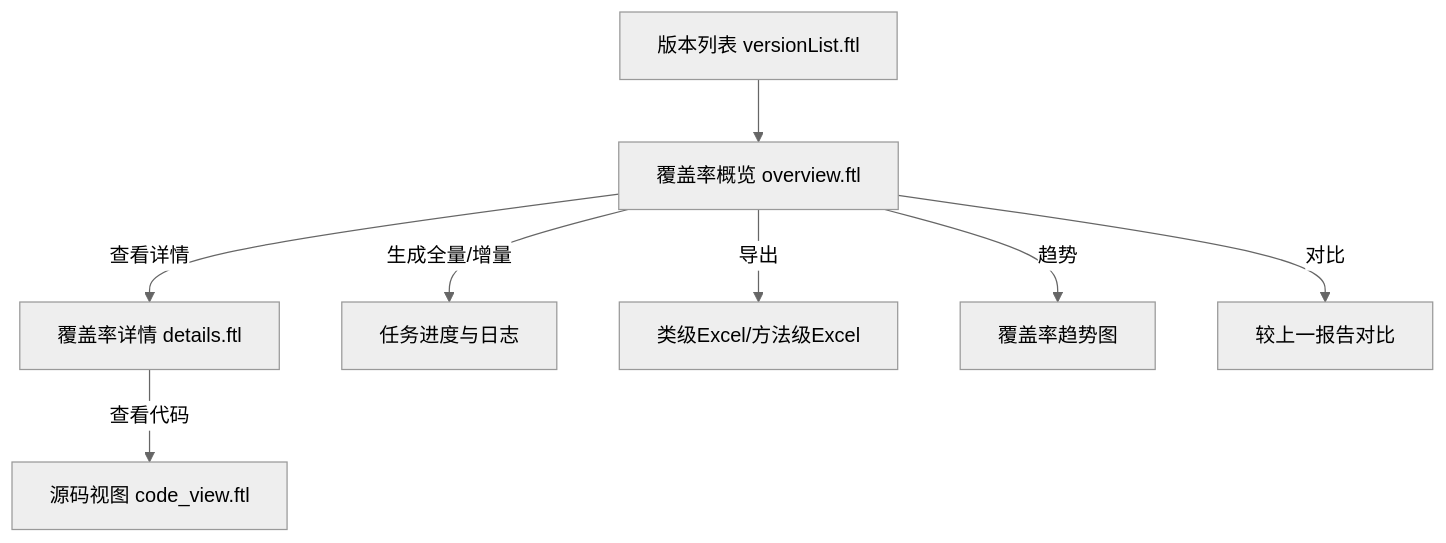
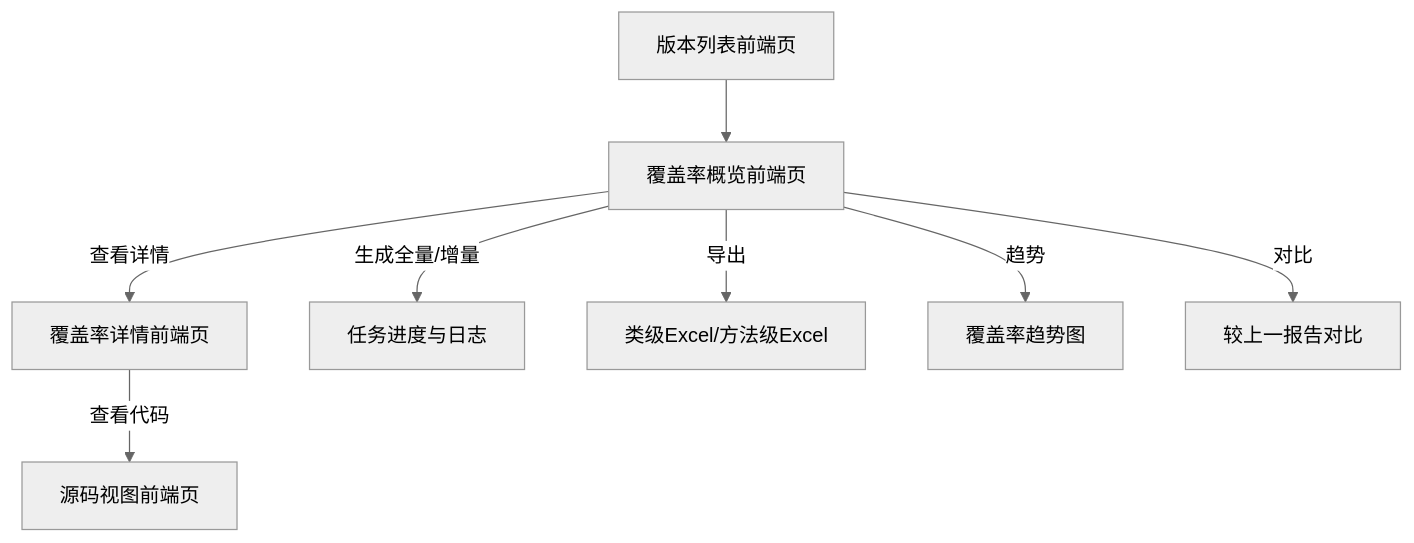
One commit to 000xiaoxiao000/oAccurateTest changed the second of 10 diagrams in oAT-service/oAT-service-web/README-coverage-architecture.md. Above: the diagram before and after it, drawn with Mermaid (neutral theme). The commit also changed other lines of this file and 1 other file, not shown here.

````diff
--- a/oAT-service/oAT-service-web/README-coverage-architecture.md
+++ b/oAT-service/oAT-service-web/README-coverage-architecture.md
@@ -47,10 +47,10 @@
 ```mermaid
 flowchart TD
-  V[版本列表 versionList.ftl] --> O[覆盖率概览 overview.ftl]
-  O -->|查看详情| D[覆盖率详情 details.ftl]
-  D -->|查看代码| C[源码视图 code_view.ftl]
+  V[版本列表前端页] --> O[覆盖率概览前端页]
+  O -->|查看详情| D[覆盖率详情前端页]
+  D -->|查看代码| C[源码视图前端页]
   O -->|生成全量/增量| J[任务进度与日志]
   O -->|导出| X[类级Excel/方法级Excel]
   O -->|趋势| T[覆盖率趋势图]
   O -->|对比| P[较上一报告对比]
 ```
````
